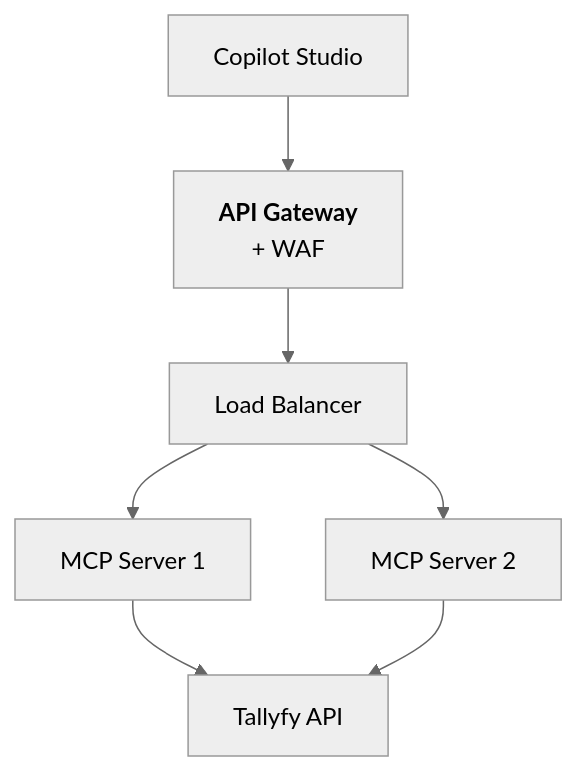
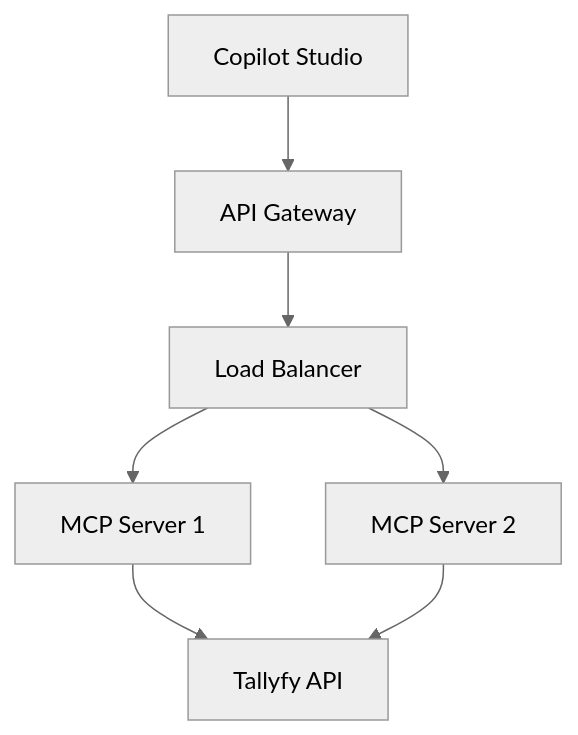
One commit to tallyfy/documentation changed the third of 3 diagrams in src/content/docs/pro/integrations/mcp-server/microsoft-copilot-studio/index.mdx. Above: the diagram before and after it, drawn with Mermaid (neutral theme). The commit also changed other lines of this file and 3 other files, not shown here.

````diff
--- a/src/content/docs/pro/integrations/mcp-server/microsoft-copilot-studio/index.mdx
+++ b/src/content/docs/pro/integrations/mcp-server/microsoft-copilot-studio/index.mdx
@@ -130,15 +124,14 @@
 ```mermaid
 graph TB
-    Copilot[Copilot Studio] --> Gateway["`**API Gateway**
-+ WAF`"]
+    Copilot[Copilot Studio] --> Gateway[API Gateway]
     Gateway --> LB[Load Balancer]
     
     LB --> MCP1[MCP Server 1]
     LB --> MCP2[MCP Server 2]
     
     MCP1 --> API[Tallyfy API]
     MCP2 --> API
     
     click API "/products/pro/integrations/open-api/index/" "API documentation"
     click Copilot "#prerequisites" "Setup prerequisites"
 ```
````
